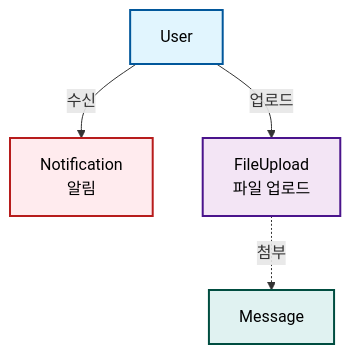
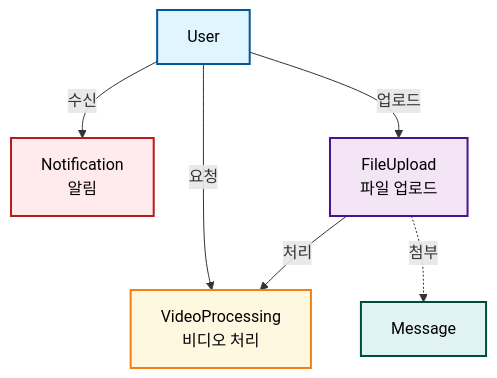
One commit to maximizest/connecto-nest changed the sixth of 6 diagrams in .md/entity-relationship-diagram.md. Above: the diagram before and after it, drawn with Mermaid. The commit also changed other lines of this file, not shown here.

Commit message:
엔티티 관계도 및 상세 구조 업데이트: 비디오 처리 엔티티 추가 및 관련 필드와 제약조건을 정의하고, 메시지 읽음 확인 엔티티의 필드를 보강하여 데이터 모델의 이해도를 높임. 또한, 사용자 및 플래닛과의 관계를 명확히 하여 향후 개발에 필요한 기초 자료를 제공함.

````diff
--- a/.md/entity-relationship-diagram.md
+++ b/.md/entity-relationship-diagram.md
@@ -123,16 +130,20 @@
 ```mermaid
 graph TB
     User[User]
     Notification[Notification<br/>알림]
     FileUpload[FileUpload<br/>파일 업로드]
+    VideoProcessing[VideoProcessing<br/>비디오 처리]
     Message[Message]
     
     User -->|수신| Notification
     User -->|업로드| FileUpload
+    User -->|요청| VideoProcessing
+    FileUpload -->|처리| VideoProcessing
     FileUpload -.->|첨부| Message
     
     style User fill:#e1f5fe,stroke:#01579b,stroke-width:2px,color:#000
     style Notification fill:#ffebee,stroke:#b71c1c,stroke-width:2px,color:#000
     style FileUpload fill:#f3e5f5,stroke:#4a148c,stroke-width:2px,color:#000
+    style VideoProcessing fill:#fff8e1,stroke:#f57f17,stroke-width:2px,color:#000
     style Message fill:#e0f2f1,stroke:#004d40,stroke-width:2px,color:#000
 ```
````
